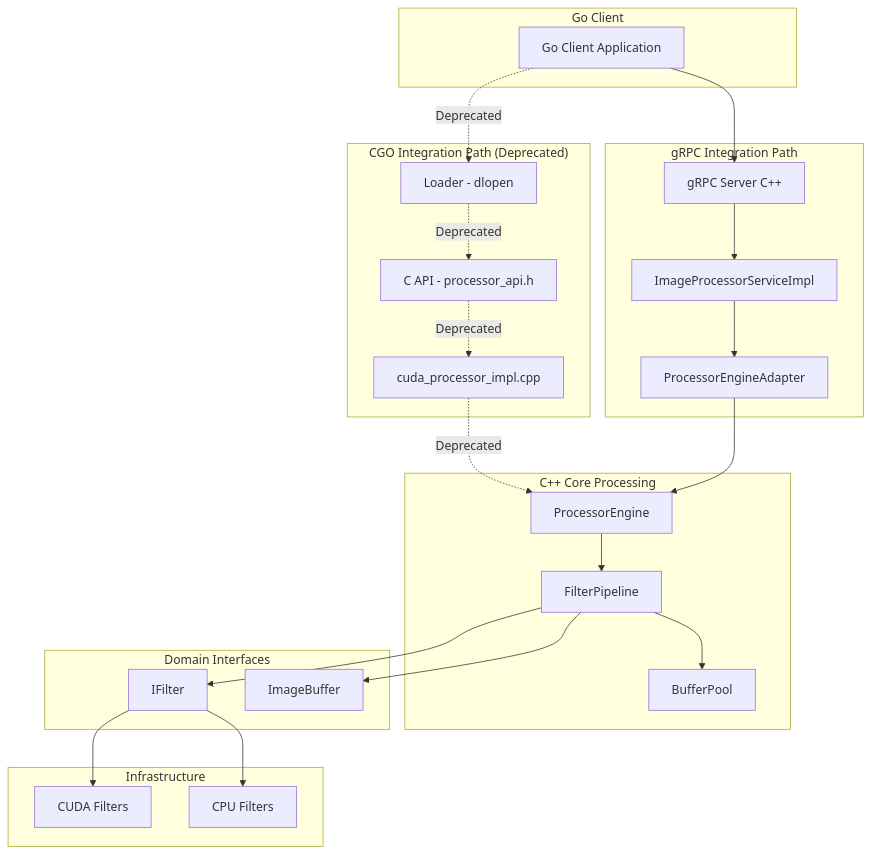
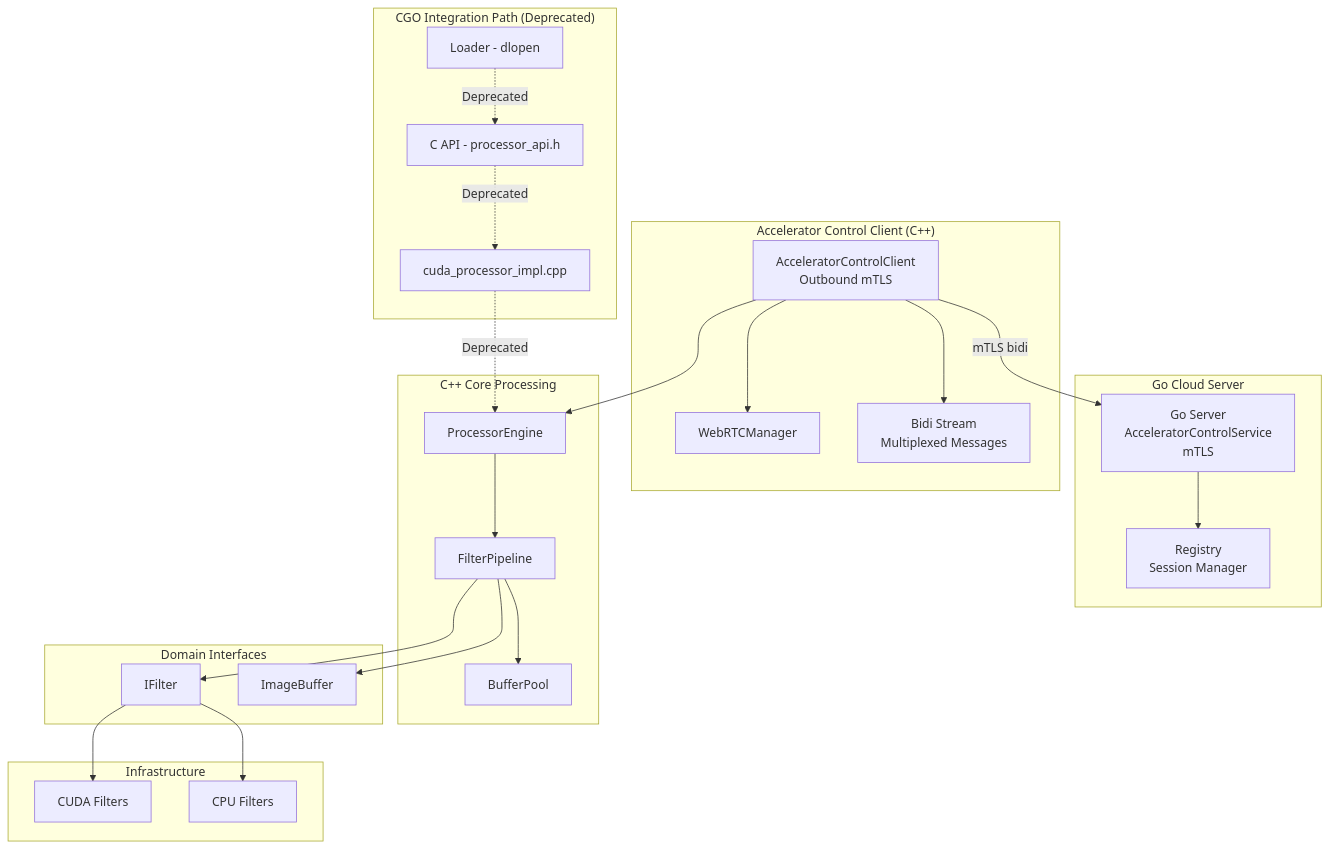
The first of 6 diagrams in src/cpp_accelerator/README.md (josnelihurt/learning-cuda), drawn with Mermaid before and after one commit. The commit also changed other lines of this file and 2 other files, not shown here.

Commit message:
docs: documentation update for the new communication schema

````diff
--- a/src/cpp_accelerator/README.md
+++ b/src/cpp_accelerator/README.md
@@ -33,51 +33,53 @@
 ```mermaid
 graph TB
-    subgraph "Go Client"
-        GoClient[Go Client Application]
+    subgraph "Go Cloud Server"
+        GoServer[Go Server<br/>AcceleratorControlService<br/>mTLS]
+        Registry[Registry<br/>Session Manager]
     end
     
     subgraph "CGO Integration Path (Deprecated)"
         Loader[Loader - dlopen]
         CAPI[C API - processor_api.h]
         SharedLibImpl[cuda_processor_impl.cpp]
     end
     
-    subgraph "gRPC Integration Path"
-        GRPCServer[gRPC Server C++]
-        GRPCService[ImageProcessorServiceImpl]
-        EngineAdapter[ProcessorEngineAdapter]
+    subgraph "Accelerator Control Client (C++)"
+        AccelClient[AcceleratorControlClient<br/>Outbound mTLS]
+        WebRTCMgr[WebRTCManager]
+        BidiStream[Bidi Stream<br/>Multiplexed Messages]
     end
     
     subgraph "C++ Core Processing"
         ProcessorEngine[ProcessorEngine]
         FilterPipeline[FilterPipeline]
         BufferPool[BufferPool]
     end
     
     subgraph "Domain Interfaces"
         IFilter[IFilter]
         ImageBuffer[ImageBuffer]
     end
     
     subgraph "Infrastructure"
         CudaFilters[CUDA Filters]
         CpuFilters[CPU Filters]
     end
     
-    GoClient -.->|Deprecated| Loader
-    GoClient --> GRPCServer
+    GoServer --> Registry
+    
+    AccelClient -->|mTLS bidi| GoServer
+    AccelClient --> BidiStream
+    AccelClient --> WebRTCMgr
+    AccelClient --> ProcessorEngine
+    
     Loader -.->|Deprecated| CAPI
     CAPI -.->|Deprecated| SharedLibImpl
     SharedLibImpl -.->|Deprecated| ProcessorEngine
-    
-    GRPCServer --> GRPCService
-    GRPCService --> EngineAdapter
-    EngineAdapter --> ProcessorEngine
     
     ProcessorEngine --> FilterPipeline
     FilterPipeline --> BufferPool
     FilterPipeline --> IFilter
     IFilter --> CudaFilters
     IFilter --> CpuFilters
     FilterPipeline --> ImageBuffer
 ```
````
